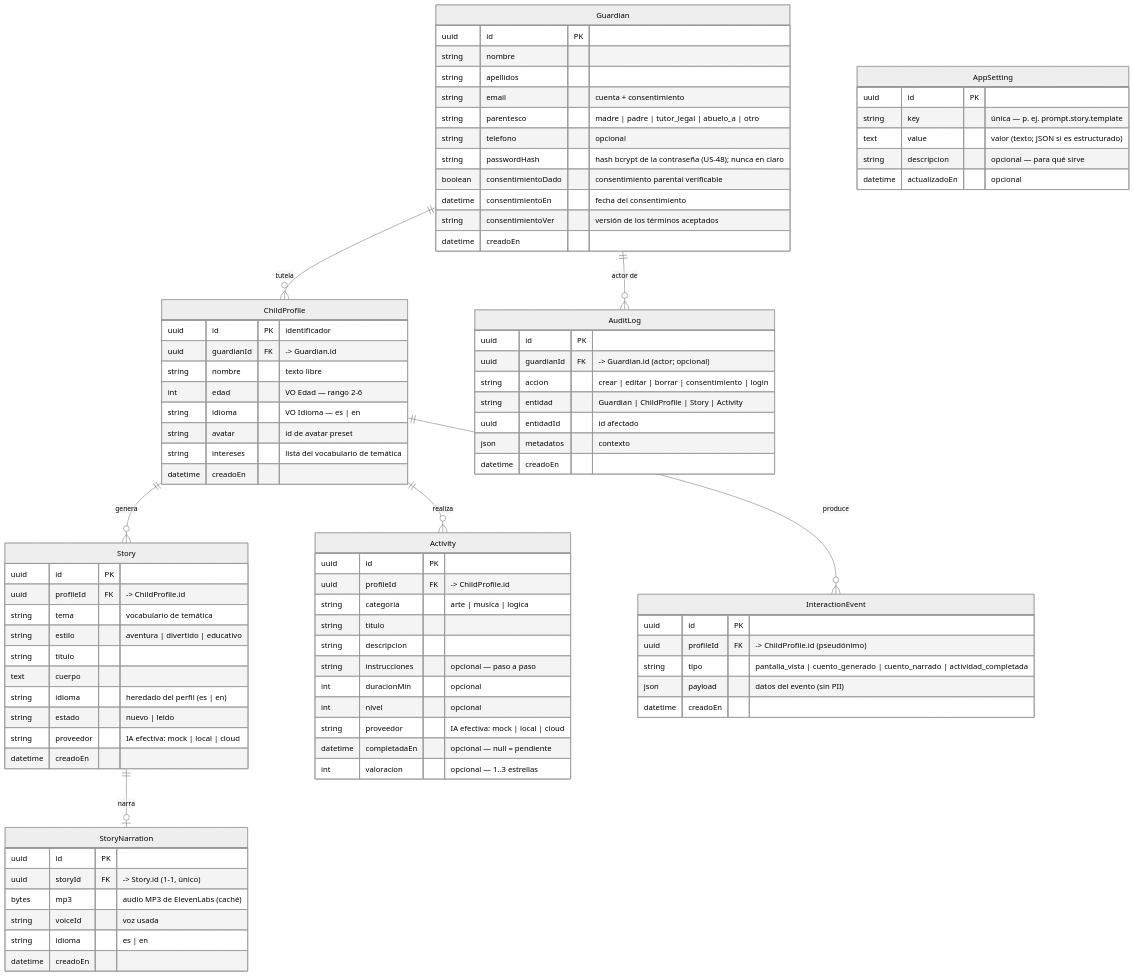
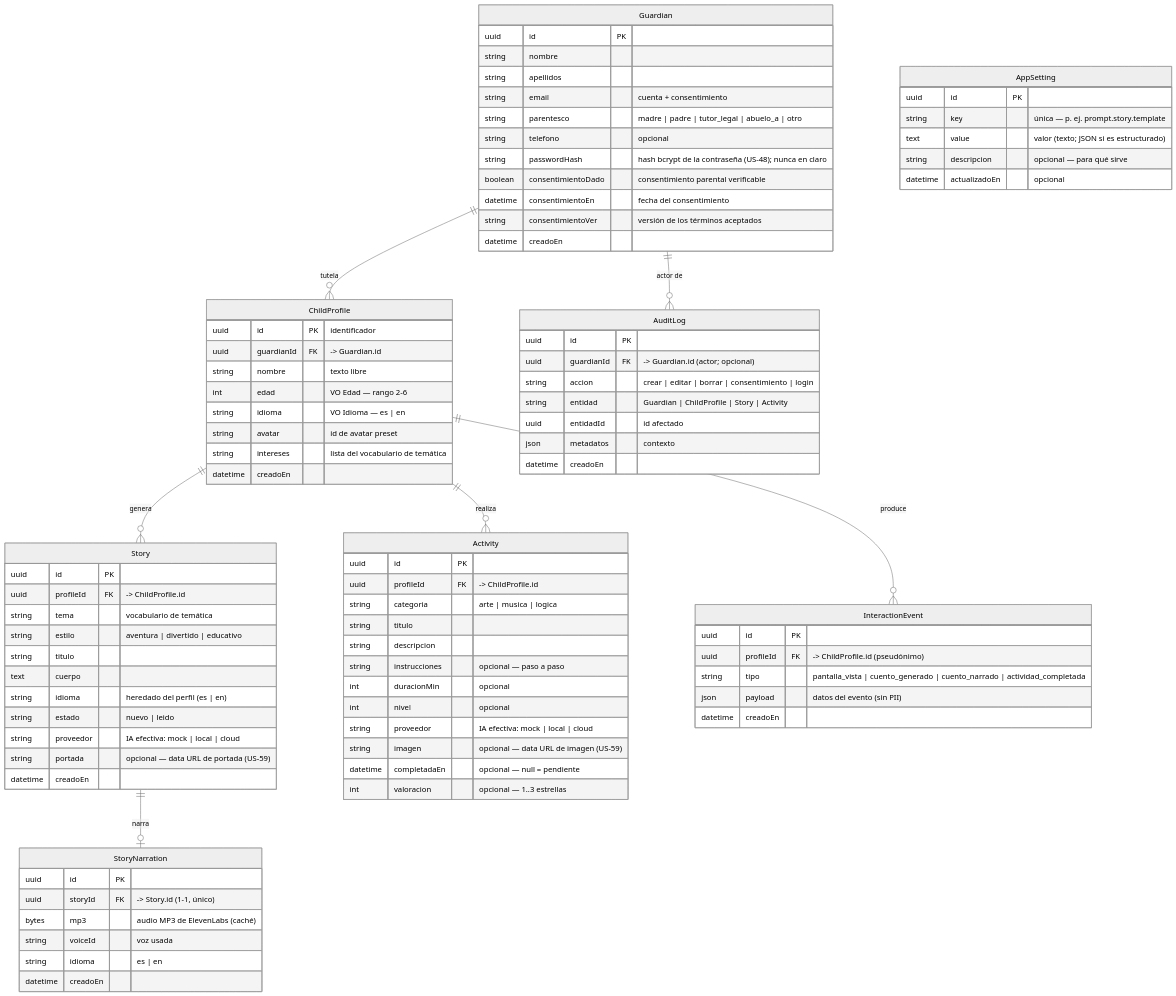
The diagram in Docs/modelo-datos.md (Mithor86-2/magyblobapp), drawn with Mermaid (neutral theme) before and after one commit. The commit also changed other lines of this file and 1 other file, not shown here.

Commit message:
docs: modelo de datos y cumplimiento (C-15) de portadas de imagen (US-59)

```diff
--- a/Docs/modelo-datos.md
+++ b/Docs/modelo-datos.md
@@ -55,6 +55,7 @@
         string   idioma    "heredado del perfil (es | en)"
         string   estado    "nuevo | leido"
         string   proveedor "IA efectiva: mock | local | cloud"
+        string   portada   "opcional — data URL de portada (US-59)"
         datetime creadoEn
     }
 
@@ -77,6 +78,7 @@
         int      duracionMin "opcional"
         int      nivel       "opcional"
         string   proveedor   "IA efectiva: mock | local | cloud"
+        string   imagen      "opcional — data URL de imagen (US-59)"
         datetime completadaEn "opcional — null = pendiente"
         int      valoracion  "opcional — 1..3 estrellas"
     }
```
